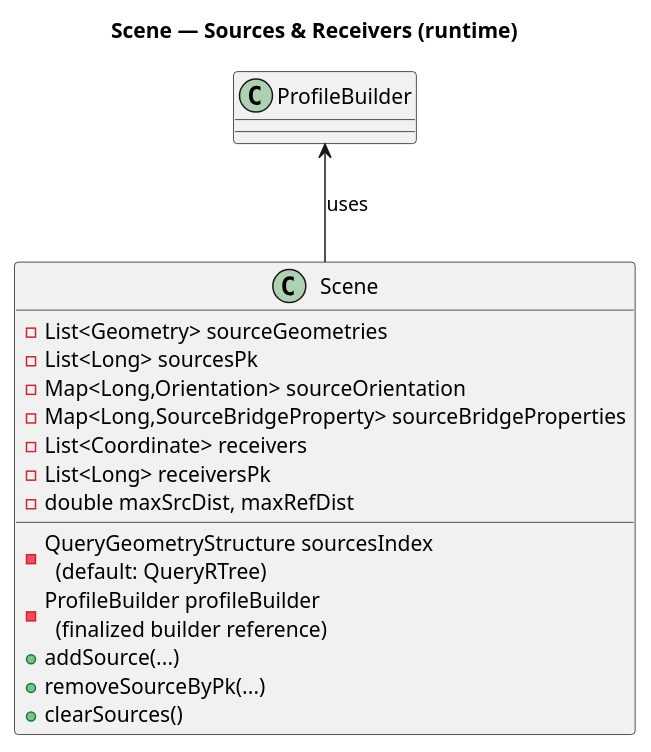
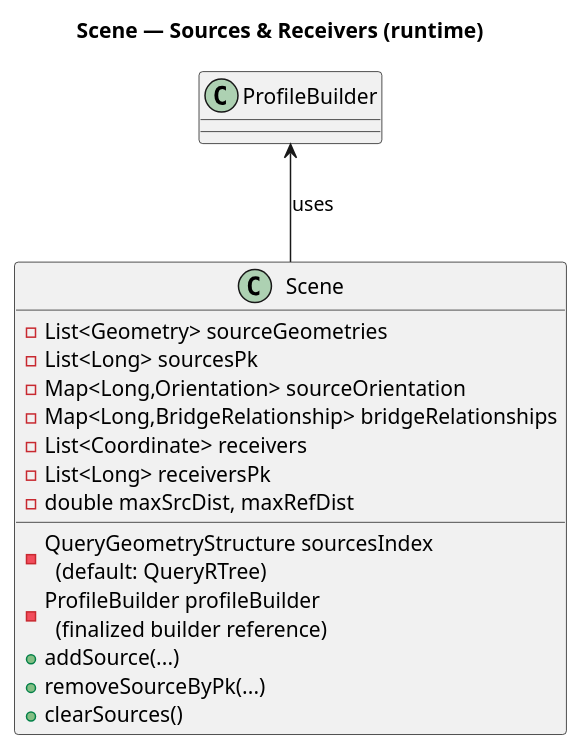
Before and after one commit to jtagusari/NoiseModelling: the fourth of 10 diagrams in Docs-dev/pathfinder_algorithms.md, drawn with PlantUML. The commit also changed other lines of this file and 75 other files, not shown here.

````diff
--- a/Docs-dev/pathfinder_algorithms.md
+++ b/Docs-dev/pathfinder_algorithms.md
@@ -158,25 +158,25 @@
 ```plantuml
 @startuml
 skinparam componentStyle rectangle
 title Scene — Sources & Receivers (runtime)
 
 class Scene {
   - List<Geometry> sourceGeometries
   - List<Long> sourcesPk
   - QueryGeometryStructure sourcesIndex  \n  (default: QueryRTree)
   - Map<Long,Orientation> sourceOrientation
-  - Map<Long,SourceBridgeProperty> sourceBridgeProperties
+  - Map<Long,BridgeRelationship> bridgeRelationships
   - List<Coordinate> receivers
   - List<Long> receiversPk
   - ProfileBuilder profileBuilder  \n  (finalized builder reference)
   - double maxSrcDist, maxRefDist
   + addSource(...)
   + removeSourceByPk(...)
   + clearSources()
 }
 
 ProfileBuilder <-- Scene : uses
 
 
 @enduml
 ```
````
